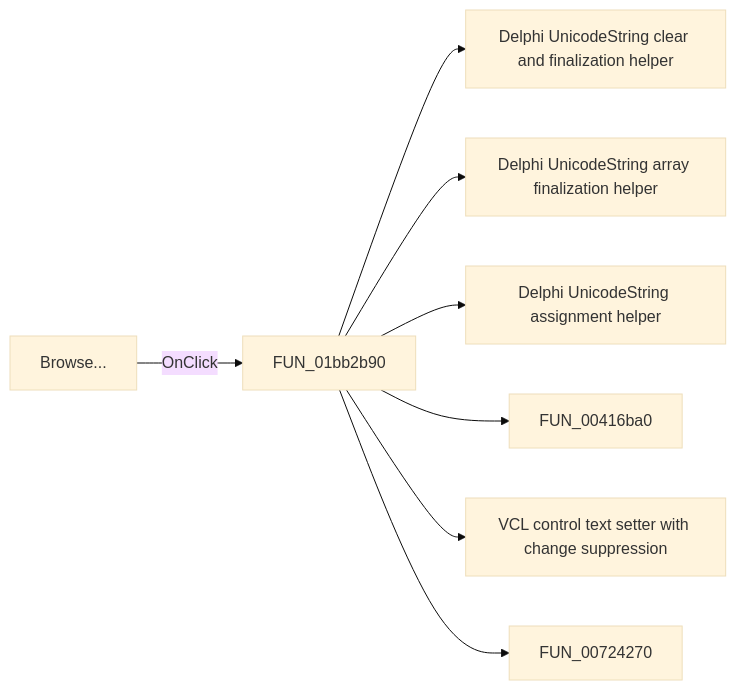
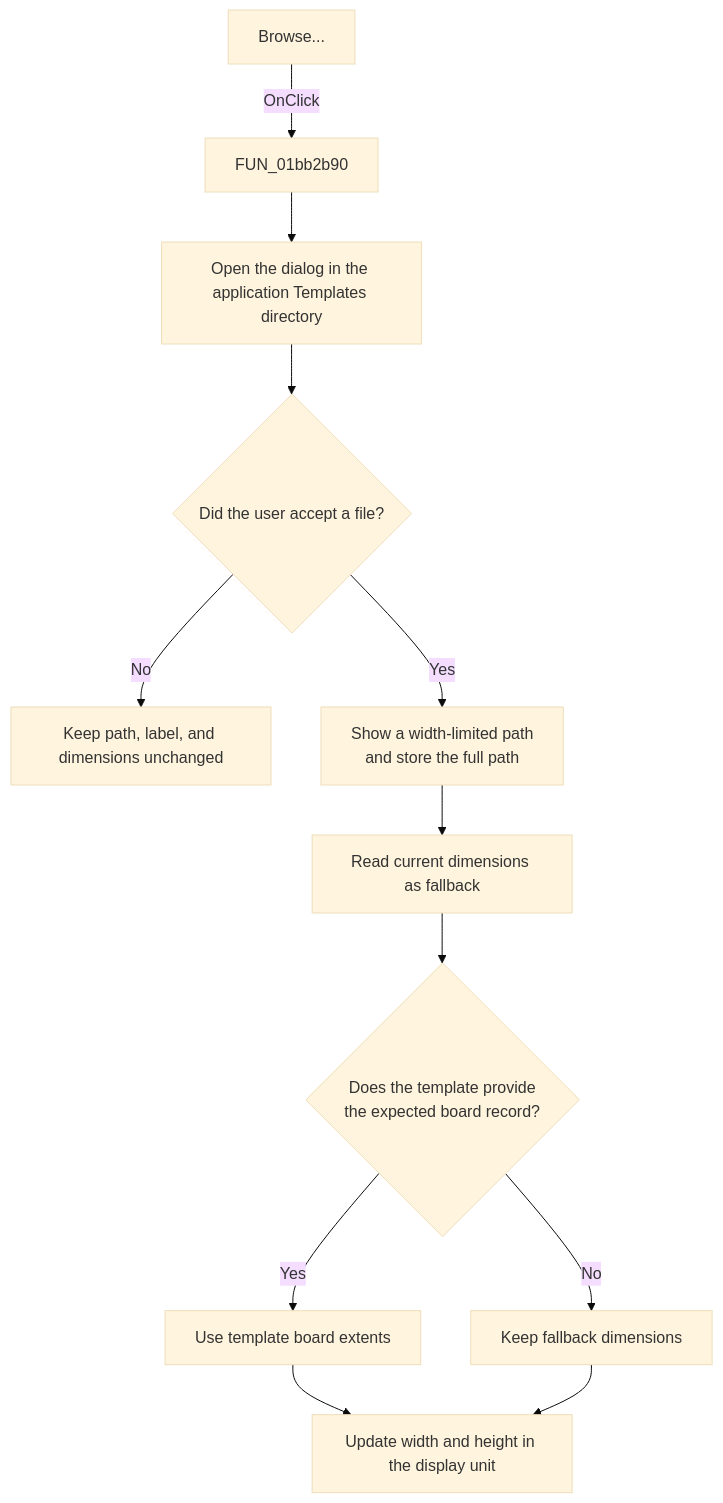
Before and after one commit to MovGP0/TIARA: the diagram in docs/ui-controls/pcbwizard/sbbrowsetemplate-730dad4bfc.md, drawn with Mermaid (base theme). The commit also changed other lines of this file and 1062 other files, not shown here.

````diff
--- a/docs/ui-controls/pcbwizard/sbbrowsetemplate-730dad4bfc.md
+++ b/docs/ui-controls/pcbwizard/sbbrowsetemplate-730dad4bfc.md
@@ -27,10 +38,14 @@
 ```mermaid
-flowchart LR
+flowchart TD
     control["Browse..."] -->|OnClick| handler["FUN_01bb2b90"]
-    handler --> call1["Delphi UnicodeString clear and finalization helper"]
-    handler --> call2["Delphi UnicodeString array finalization helper"]
-    handler --> call3["Delphi UnicodeString assignment helper"]
-    handler --> call4["FUN_00416ba0"]
-    handler --> call5["VCL control text setter with change suppression"]
-    handler --> call6["FUN_00724270"]
+    handler --> dialog["Open the dialog in the application Templates directory"]
+    dialog --> accepted{"Did the user accept a file?"}
+    accepted -->|No| unchanged["Keep path, label, and dimensions unchanged"]
+    accepted -->|Yes| path["Show a width-limited path<br/>and store the full path"]
+    path --> fallback["Read current dimensions as fallback"]
+    fallback --> parse{"Does the template provide<br/>the expected board record?"}
+    parse -->|Yes| extents["Use template board extents"]
+    parse -->|No| keep["Keep fallback dimensions"]
+    extents --> display["Update width and height in the display unit"]
+    keep --> display
 ```
````
